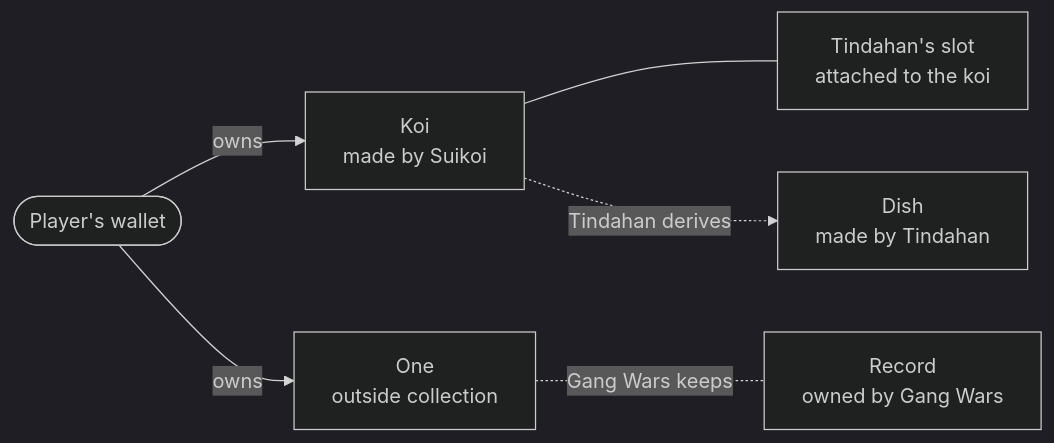
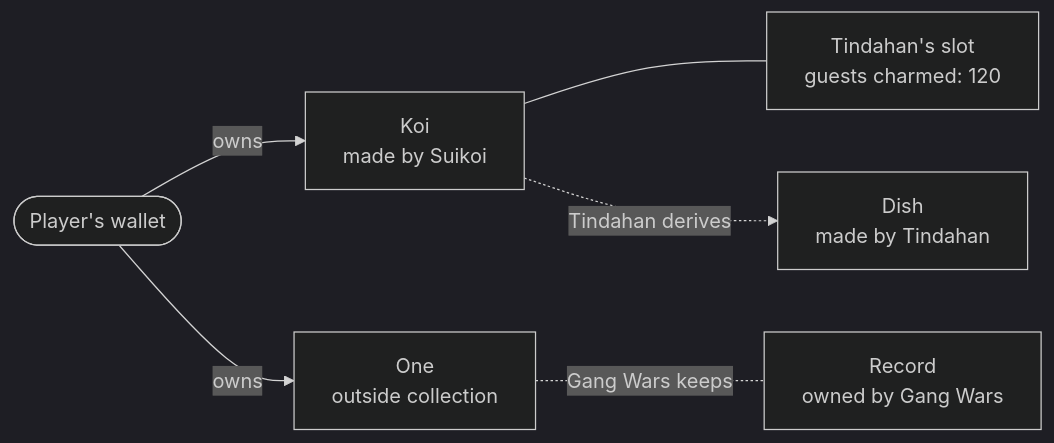
Before and after one commit to codecustard/continuum: the first of 2 diagrams in docs/concepts.md, drawn with Mermaid (dark theme). The commit also changed other lines of this file and 4 other files, not shown here.

First line of the commit message:
Example: Tindahan displays a koi (guests charmed slot) and cooks a dish in its pattern

````diff
--- a/docs/concepts.md
+++ b/docs/concepts.md
@@ -14,8 +14,8 @@
 ```mermaid
 flowchart LR
   P([Player's wallet]) -->|owns| K[Koi<br/>made by Suikoi]
   P -->|owns| O[One<br/>outside collection]
-  K --- S[Tindahan's slot<br/>attached to the koi]
+  K --- S[Tindahan's slot<br/>guests charmed: 120]
   K -.->|"Tindahan derives"| D[Dish<br/>made by Tindahan]
   O -.-|"Gang Wars keeps"| R[Record<br/>owned by Gang Wars]
 ```
````
